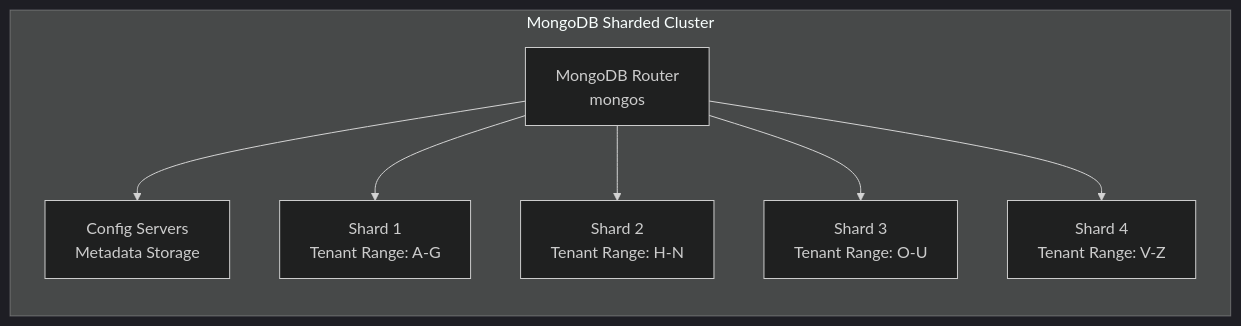
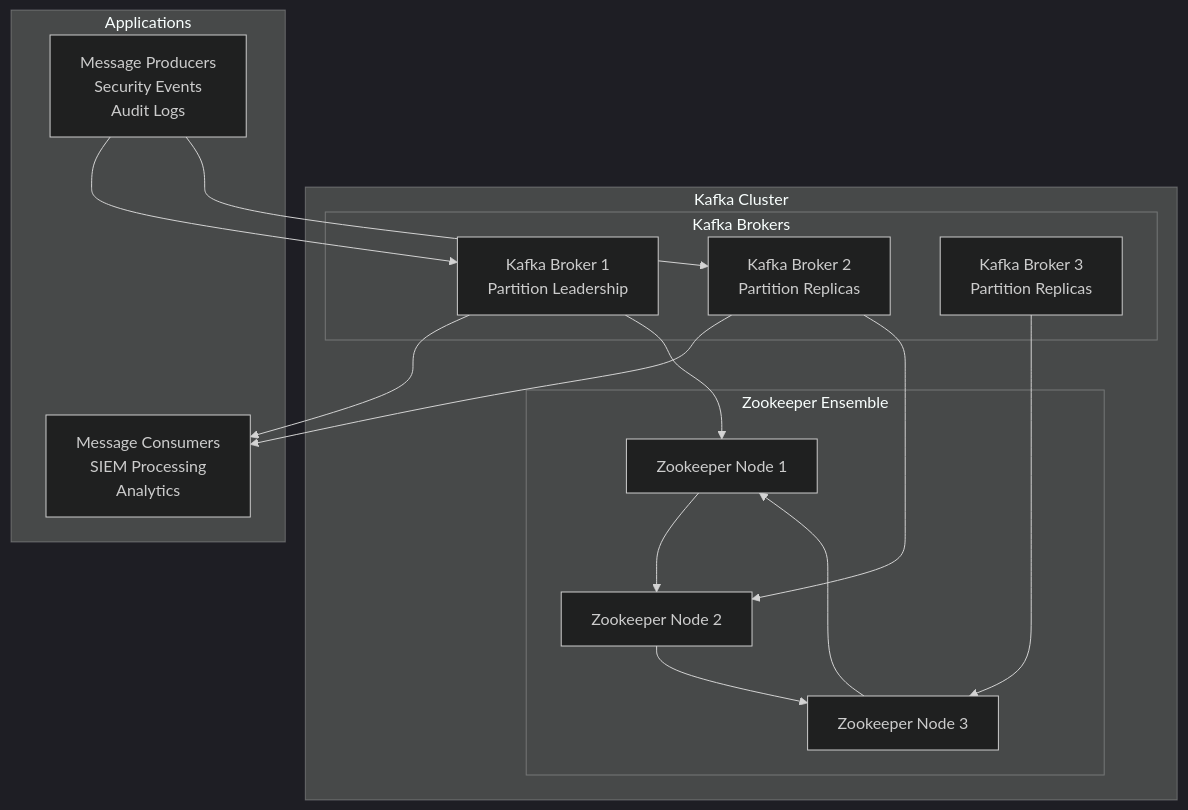
One commit to Vishwa0220/customers-docs changed the third of 13 diagrams in HA_DR_Architecture_Documentation.md. Above: the diagram before and after it, drawn with Mermaid (dark theme). The commit also changed other lines of this file, not shown here.

````diff
--- a/HA_DR_Architecture_Documentation.md
+++ b/HA_DR_Architecture_Documentation.md
@@ -166,18 +199,34 @@
 ```mermaid
-graph LR
-    subgraph "MongoDB Sharded Cluster"
-        MONGOS[MongoDB Router<br/>mongos]
-        CONFIG[Config Servers<br/>Metadata Storage]
+graph TB
+    subgraph "Kafka Cluster"
+        subgraph "Zookeeper Ensemble"
+            ZK1[Zookeeper Node 1]
+            ZK2[Zookeeper Node 2]
+            ZK3[Zookeeper Node 3]
+        end
         
-        SHARD1[Shard 1<br/>Tenant Range: A-G]
-        SHARD2[Shard 2<br/>Tenant Range: H-N]
-        SHARD3[Shard 3<br/>Tenant Range: O-U]
-        SHARD4[Shard 4<br/>Tenant Range: V-Z]
+        subgraph "Kafka Brokers"
+            BROKER1[Kafka Broker 1<br/>Partition Leadership]
+            BROKER2[Kafka Broker 2<br/>Partition Replicas]
+            BROKER3[Kafka Broker 3<br/>Partition Replicas]
+        end
     end
     
-    MONGOS --> CONFIG
-    MONGOS --> SHARD1
-    MONGOS --> SHARD2
-    MONGOS --> SHARD3
-    MONGOS --> SHARD4
+    subgraph "Applications"
+        PRODUCER[Message Producers<br/>Security Events<br/>Audit Logs]
+        CONSUMER[Message Consumers<br/>SIEM Processing<br/>Analytics]
+    end
+    
+    PRODUCER --> BROKER1
+    PRODUCER --> BROKER2
+    BROKER1 --> CONSUMER
+    BROKER2 --> CONSUMER
+    
+    BROKER1 --> ZK1
+    BROKER2 --> ZK2
+    BROKER3 --> ZK3
+    
+    ZK1 --> ZK2
+    ZK2 --> ZK3
+    ZK3 --> ZK1
 ```
````
